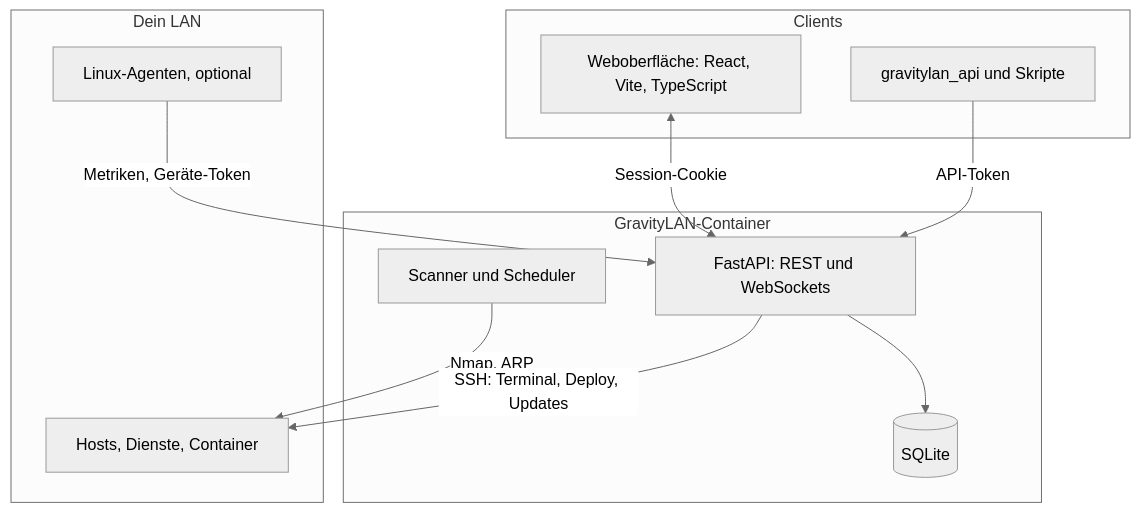
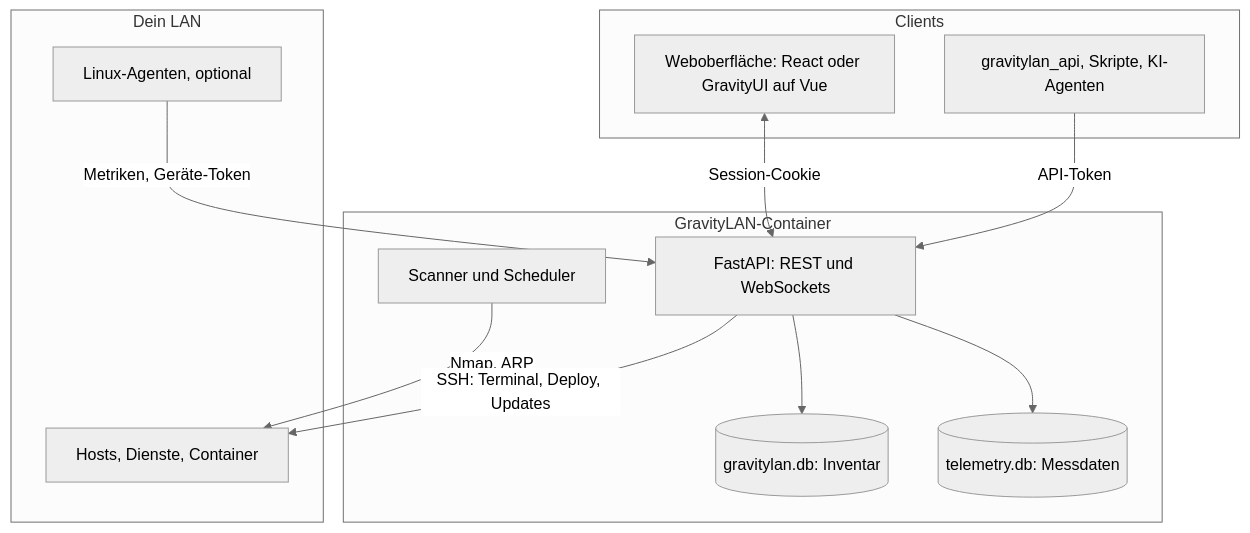
The second of 2 diagrams in README.md (SleeperXr/GravityLAN), drawn with Mermaid (neutral theme) before and after one commit. The commit also changed other lines of this file and 29 other files, not shown here.

````diff
--- a/README.md
+++ b/README.md
@@ -390,22 +519,24 @@
 ```mermaid
 flowchart TB
   subgraph clients [Clients]
-    SPA[Weboberfläche: React, Vite, TypeScript]
-    PY[gravitylan_api und Skripte]
+    SPA[Weboberfläche: React oder GravityUI auf Vue]
+    PY[gravitylan_api, Skripte, KI-Agenten]
   end
   subgraph server [GravityLAN-Container]
     API[FastAPI: REST und WebSockets]
     SC[Scanner und Scheduler]
-    DB[(SQLite)]
+    DB[(gravitylan.db: Inventar)]
+    TDB[(telemetry.db: Messdaten)]
   end
   subgraph lan [Dein LAN]
     HOSTS[Hosts, Dienste, Container]
     AG[Linux-Agenten, optional]
   end
   SPA <-->|Session-Cookie| API
   PY -->|API-Token| API
   API --> DB
+  API --> TDB
   SC -->|Nmap, ARP| HOSTS
   AG -->|Metriken, Geräte-Token| API
   API -->|SSH: Terminal, Deploy, Updates| HOSTS
 ```
````
